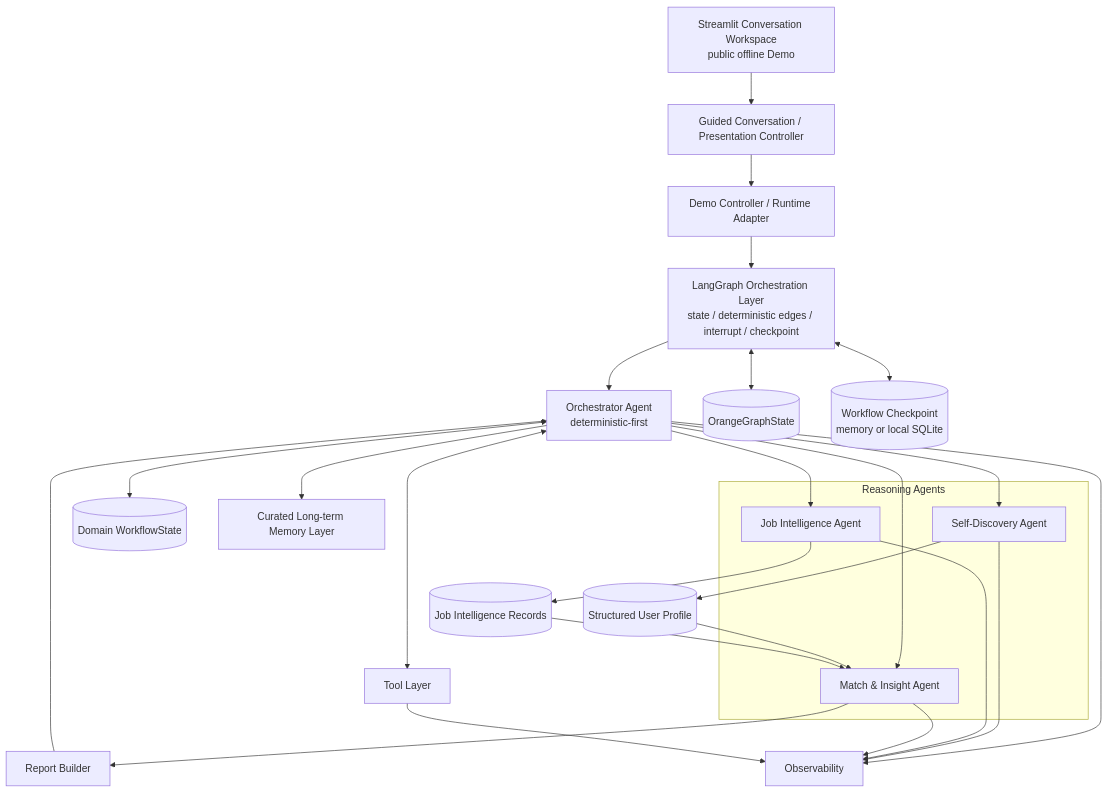
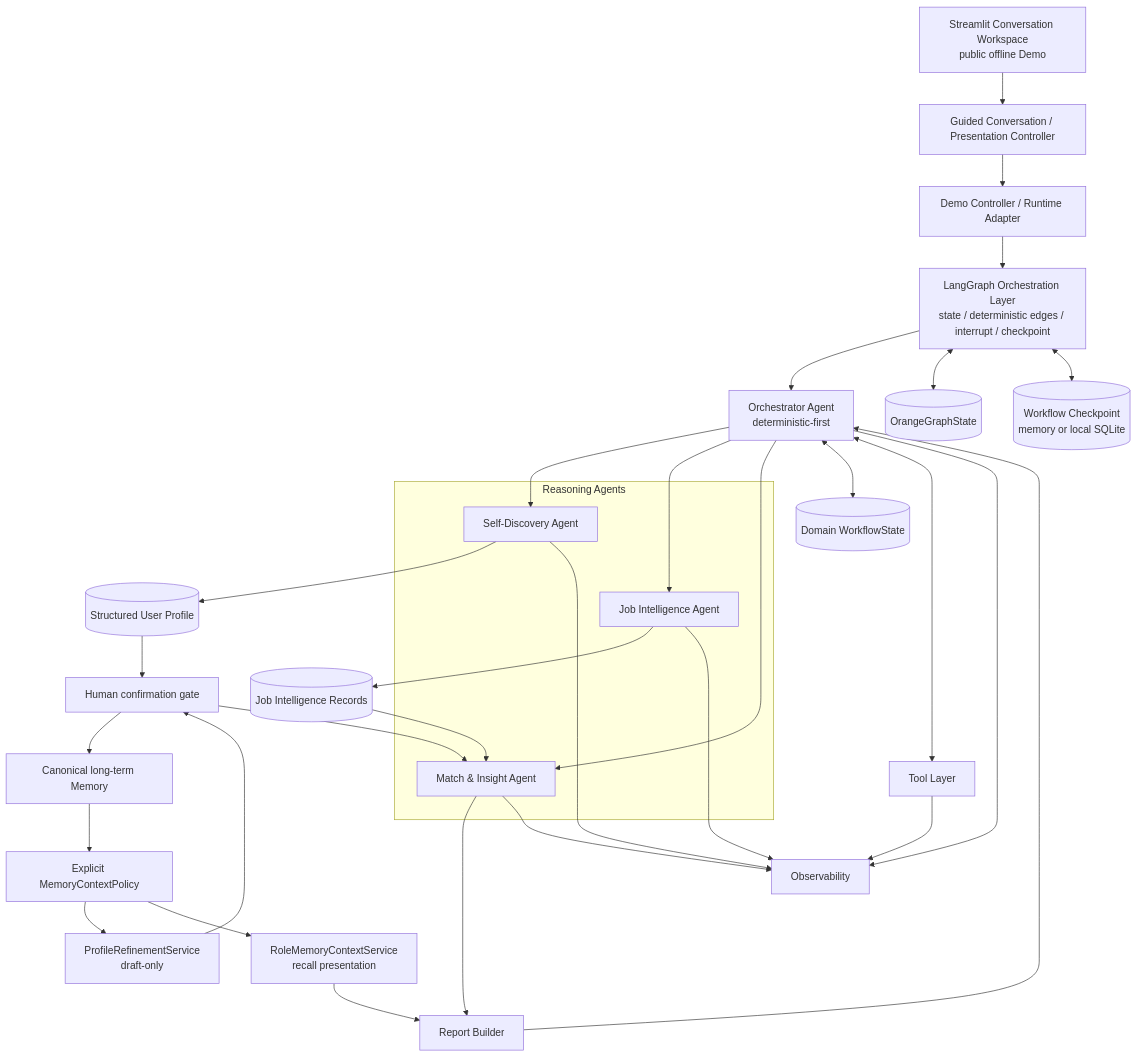
The first of 15 diagrams in ARCHITECTURE.md (wangzch337-max/orange-career-agent), drawn with Mermaid before and after one commit. The commit also changed other lines of this file and 15 other files, not shown here.

````diff
--- a/ARCHITECTURE.md
+++ b/ARCHITECTURE.md
@@ -11,34 +13,40 @@
 ```mermaid
 flowchart TB
     UI[Streamlit Conversation Workspace<br/>public offline Demo] --> GC[Guided Conversation / Presentation Controller]
     GC --> DC[Demo Controller / Runtime Adapter]
     DC --> LG[LangGraph Orchestration Layer<br/>state / deterministic edges / interrupt / checkpoint]
     LG --> O[Orchestrator Agent<br/>deterministic-first]
 
     subgraph Reasoning[Reasoning Agents]
       S[Self-Discovery Agent]
       J[Job Intelligence Agent]
       M[Match & Insight Agent]
     end
 
     O --> S
     O --> J
     O --> M
     S --> UP[(Structured User Profile)]
     J --> JR[(Job Intelligence Records)]
-    UP --> M
+    UP --> HC[Human confirmation gate]
+    HC --> M
     JR --> M
     M --> RB[Report Builder]
     RB --> O
 
     LG <--> GS[(OrangeGraphState)]
     LG <--> CP[(Workflow Checkpoint<br/>memory or local SQLite)]
     O <--> SS[(Domain WorkflowState)]
-    O --> ML[Curated Long-term Memory Layer]
+    HC --> ML[Canonical long-term Memory]
+    ML --> POL[Explicit MemoryContextPolicy]
+    POL --> PR[ProfileRefinementService<br/>draft-only]
+    POL --> RC[RoleMemoryContextService<br/>recall presentation]
+    PR --> HC
+    RC --> RB
     O <--> TL[Tool Layer]
     O --> OB[Observability]
     S --> OB
     J --> OB
     M --> OB
     TL --> OB
 ```
````
